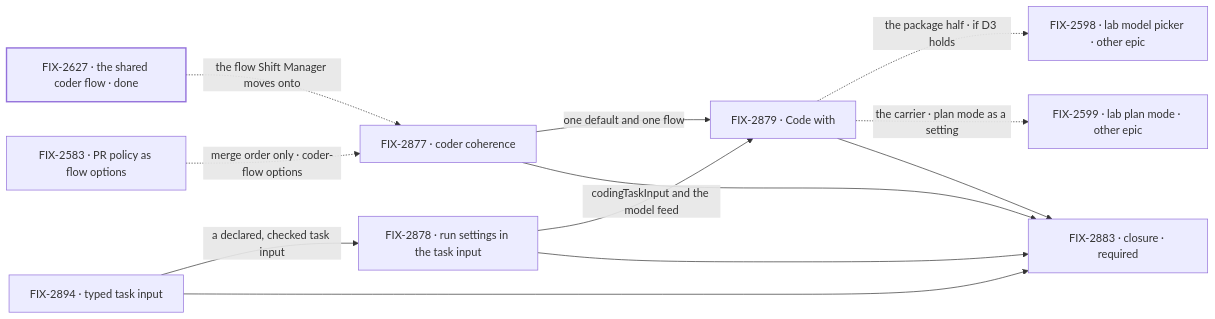
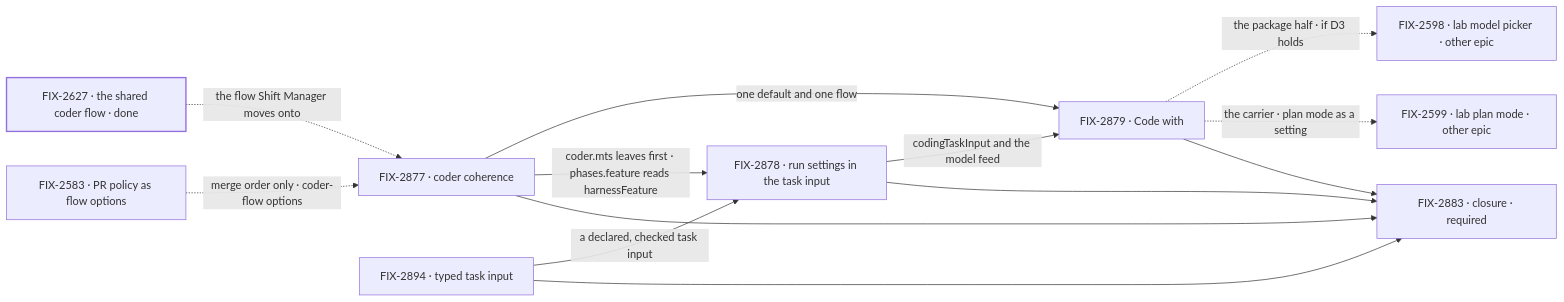
Before and after one commit to fixpoint-labs/flow-state-dev: the second of 2 diagrams in specs/epics/FIX-2876/SPEC.md, drawn with Mermaid. The commit also changed other lines of this file and 3 other files, not shown here.

First line of the commit message:
spec(FIX-2876): reconcile ER-10 with the child specs in this amendment

````diff
--- a/specs/epics/FIX-2876/SPEC.md
+++ b/specs/epics/FIX-2876/SPEC.md
@@ -94,16 +94,17 @@
 ```mermaid
 flowchart LR
   G["FIX-2627 · the shared coder flow · done"] -.->|"the flow Shift Manager moves onto"| A
   Q["FIX-2583 · PR policy as flow options"] -.->|"merge order only · coder-flow options"| A
   T["FIX-2894 · typed task input"] -->|"a declared, checked task input"| B
   A["FIX-2877 · coder coherence"] -->|"one default and one flow"| C["FIX-2879 · Code with"]
+  A -->|"coder.mts leaves first · phases.feature reads harnessFeature"| B
   B["FIX-2878 · run settings in the task input"] -->|"codingTaskInput and the model feed"| C
   C -.->|"the package half · if D3 holds"| L["FIX-2598 · lab model picker · other epic"]
   C -.->|"the carrier · plan mode as a setting"| M["FIX-2599 · lab plan mode · other epic"]
   T --> Z["FIX-2883 · closure · required"]
   A --> Z
   B --> Z
   C --> Z
   classDef done stroke-width:2px
   class G done
 ```
````
